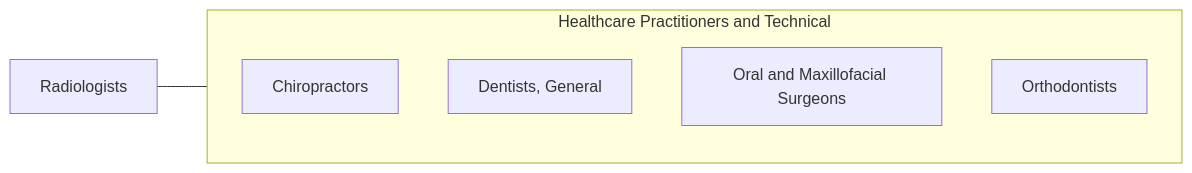
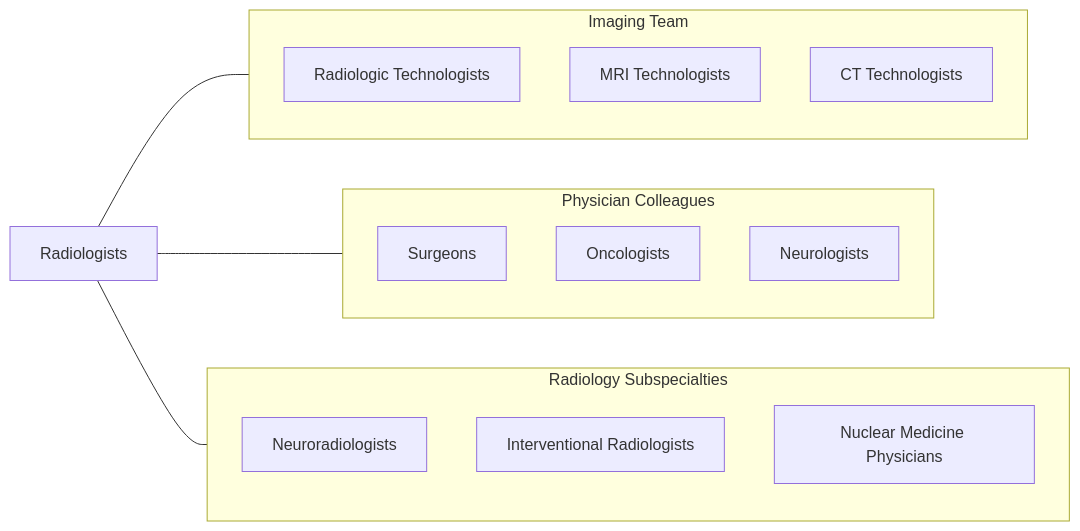
The fourth of 4 diagrams in occupations/HealthcarePractitioners/Radiologists.mdx (kziemski/business.org.ai), drawn with Mermaid before and after one commit. The commit also changed other lines of this file and 938 other files, not shown here.

````diff
--- a/occupations/HealthcarePractitioners/Radiologists.mdx
+++ b/occupations/HealthcarePractitioners/Radiologists.mdx
@@ -108,13 +215,26 @@
 ```mermaid
 graph LR
     Current["Radiologists"]
 
-    subgraph SameCategory["Healthcare Practitioners and Technical"]
-        Chiropractors["Chiropractors"]
-        DentistsGeneral["Dentists, General"]
-        OralAndMaxillofacial["Oral and Maxillofacial Surgeons"]
-        Orthodontists["Orthodontists"]
+    subgraph ImagingTeam["Imaging Team"]
+        RadTech["Radiologic Technologists"]
+        MRITech["MRI Technologists"]
+        CTTech["CT Technologists"]
     end
 
-    Current --- SameCategory
+    subgraph PhysicianColleagues["Physician Colleagues"]
+        Surgeons["Surgeons"]
+        Oncologists["Oncologists"]
+        Neurologists["Neurologists"]
+    end
+
+    subgraph Subspecialists["Radiology Subspecialties"]
+        NeuroRad["Neuroradiologists"]
+        IR["Interventional Radiologists"]
+        NucMed["Nuclear Medicine Physicians"]
+    end
+
+    Current --- ImagingTeam
+    Current --- PhysicianColleagues
+    Current --- Subspecialists
 ```
````
